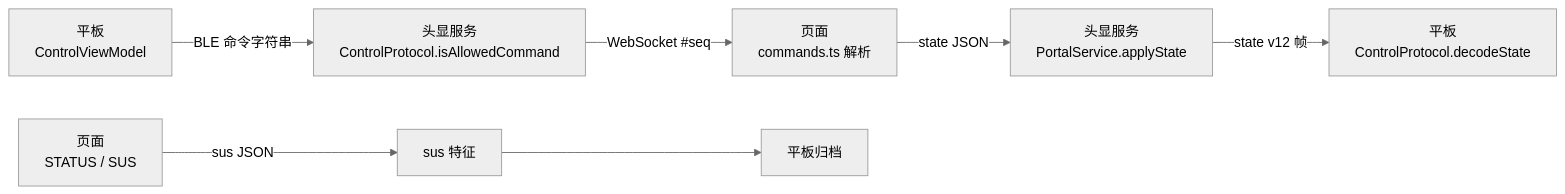
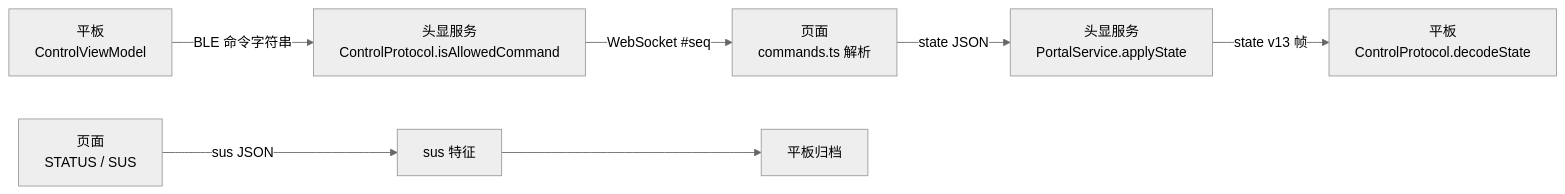
One commit to fire-disposal/quiet-shore-vr changed the diagram in docs/protocol-conformance.md. Above: the diagram before and after it, drawn with Mermaid (neutral theme). The commit also changed other lines of this file and 100 other files, not shown here.

````diff
--- a/docs/protocol-conformance.md
+++ b/docs/protocol-conformance.md
@@ -5,8 +5,8 @@
 ```mermaid
 flowchart LR
   T["平板<br/>ControlViewModel"] -->|"BLE 命令字符串"| H["头显服务<br/>ControlProtocol.isAllowedCommand"]
   H -->|"WebSocket #seq"| P["页面<br/>commands.ts 解析"]
   P -->|"state JSON"| H2["头显服务<br/>PortalService.applyState"]
-  H2 -->|"state v12 帧"| T2["平板<br/>ControlProtocol.decodeState"]
+  H2 -->|"state v13 帧"| T2["平板<br/>ControlProtocol.decodeState"]
   P2["页面<br/>STATUS / SUS"] -->|"sus JSON"| H3["sus 特征"] --> T3["平板归档"]
 ```
````
